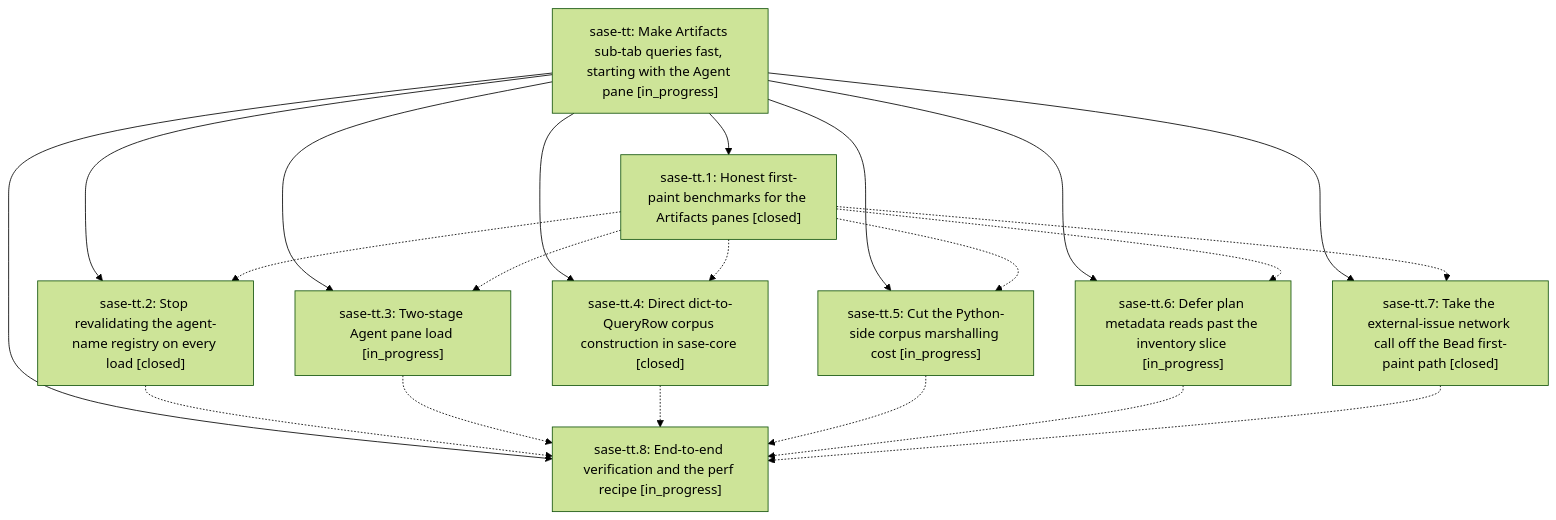
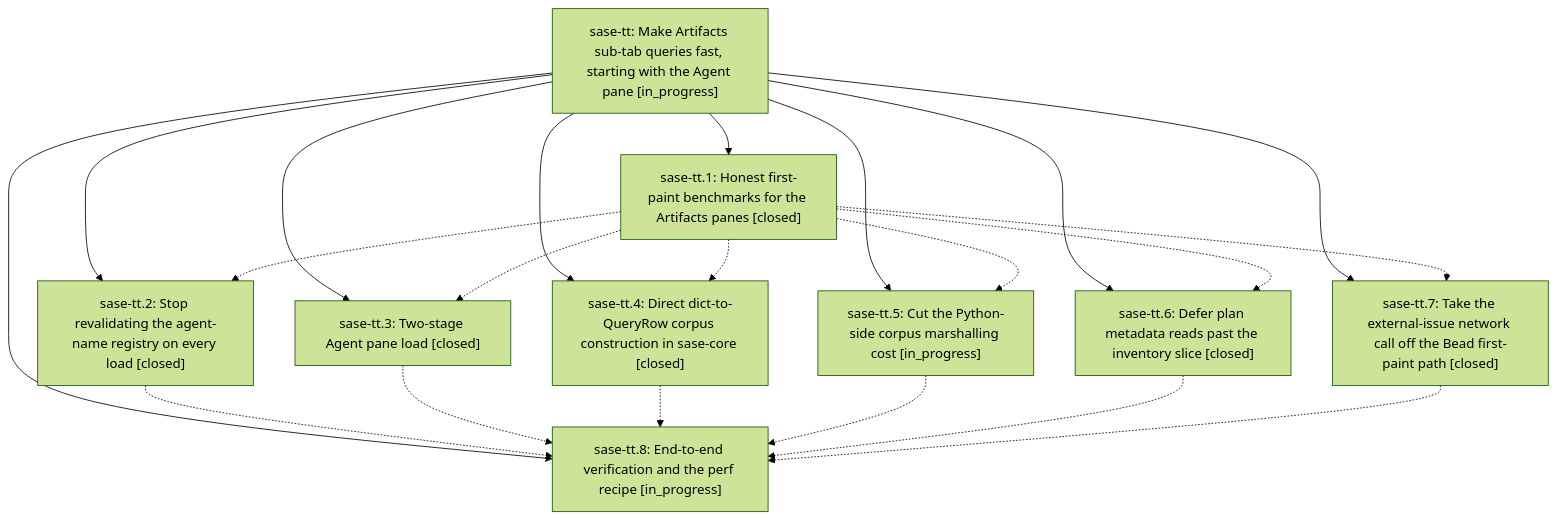
One commit to sase-org/sase--beads changed the diagram in pages/sase-tt/README.md. Above: the diagram before and after it, drawn with Mermaid (forest theme). The commit also changed other lines of this file and 6 other files, not shown here.

````diff
--- a/pages/sase-tt/README.md
+++ b/pages/sase-tt/README.md
@@ -53,32 +53,32 @@
 ```mermaid
 flowchart TD
     n0["sase-tt: Make Artifacts sub-tab queries fast, starting with the Agent pane [in_progress]"]
     n1["sase-tt.1: Honest first-paint benchmarks for the Artifacts panes [closed]"]
     n2["sase-tt.2: Stop revalidating the agent-name registry on every load [closed]"]
-    n3["sase-tt.3: Two-stage Agent pane load [in_progress]"]
+    n3["sase-tt.3: Two-stage Agent pane load [closed]"]
     n4["sase-tt.4: Direct dict-to-QueryRow corpus construction in sase-core [closed]"]
     n5["sase-tt.5: Cut the Python-side corpus marshalling cost [in_progress]"]
-    n6["sase-tt.6: Defer plan metadata reads past the inventory slice [in_progress]"]
+    n6["sase-tt.6: Defer plan metadata reads past the inventory slice [closed]"]
     n7["sase-tt.7: Take the external-issue network call off the Bead first-paint path [closed]"]
     n8["sase-tt.8: End-to-end verification and the perf recipe [in_progress]"]
     n0 --> n1
     n0 --> n2
     n0 --> n3
     n0 --> n4
     n0 --> n5
     n0 --> n6
     n0 --> n7
     n0 --> n8
     n1 -.-> n2
     n1 -.-> n3
     n1 -.-> n4
     n1 -.-> n5
     n1 -.-> n6
     n1 -.-> n7
     n2 -.-> n8
     n3 -.-> n8
     n4 -.-> n8
     n5 -.-> n8
     n6 -.-> n8
     n7 -.-> n8
 ```
````
